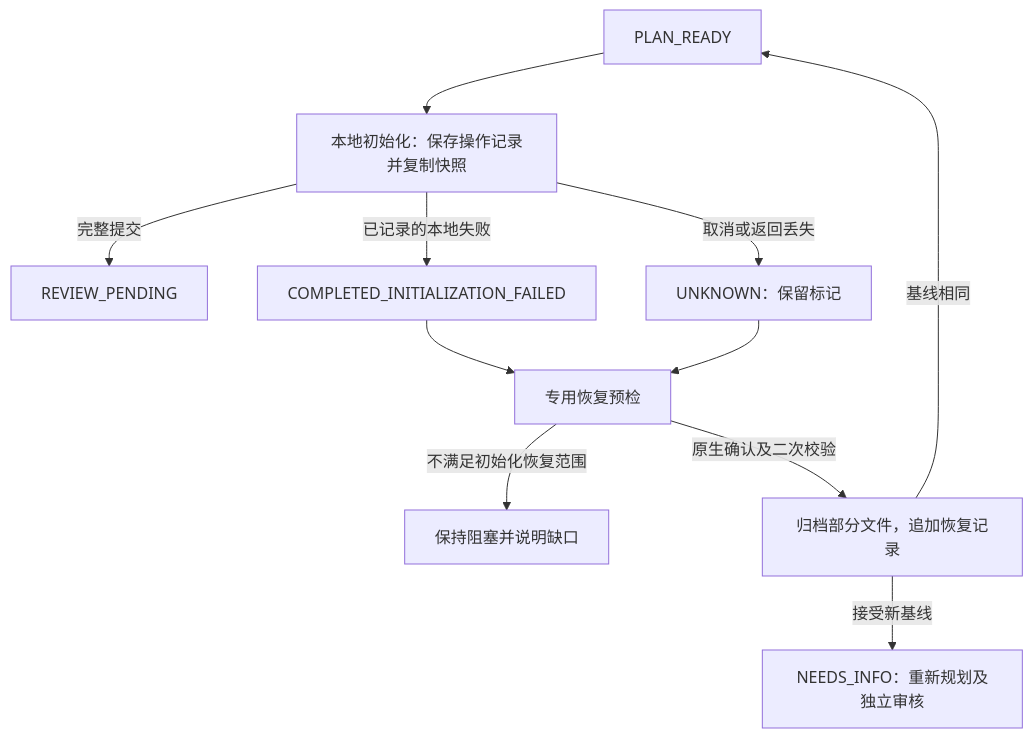
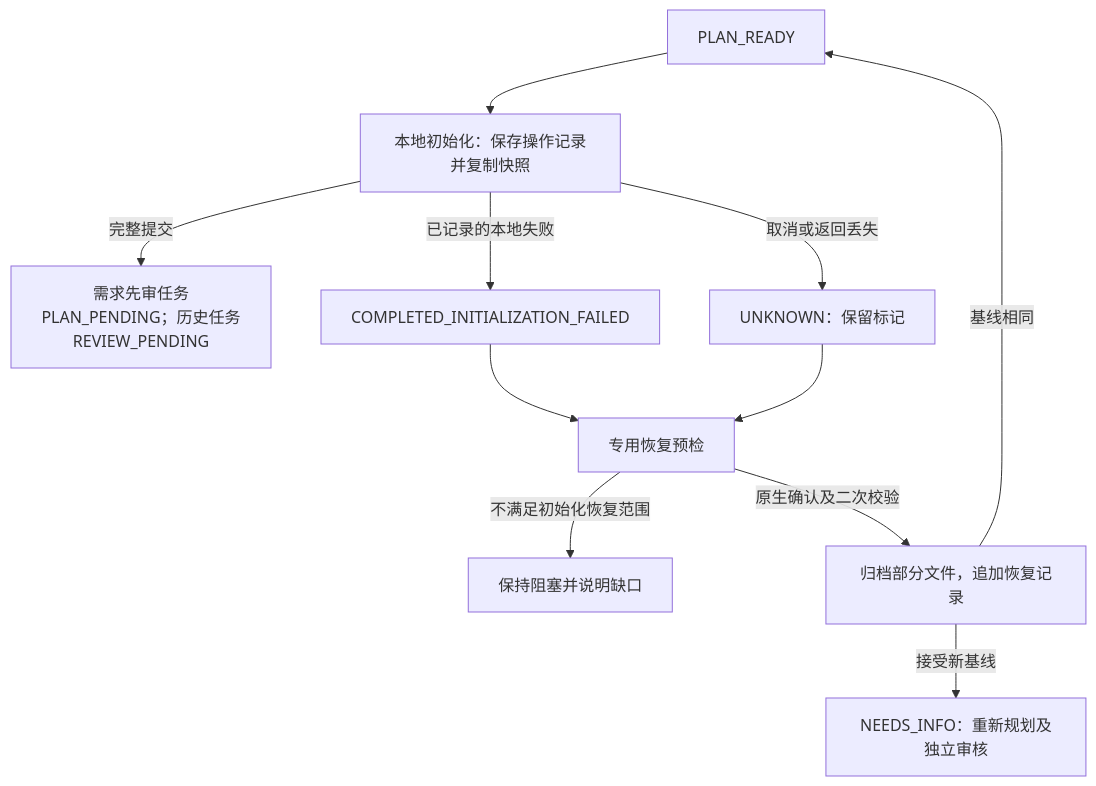
Before and after one commit to Merrychen-CMY/AI-Programming-Workflow: the diagram in docs/guides/initialization-recovery.md, drawn with Mermaid. The commit also changed other lines of this file and 64 other files, not shown here.

````diff
--- a/docs/guides/initialization-recovery.md
+++ b/docs/guides/initialization-recovery.md
@@ -37,13 +39,13 @@
 ```mermaid
 flowchart TD
  P[PLAN_READY] --> I[本地初始化：保存操作记录并复制快照]
- I -->|完整提交| R[REVIEW_PENDING]
+ I -->|完整提交| R[需求先审任务PLAN_PENDING；历史任务REVIEW_PENDING]
  I -->|已记录的本地失败| F[COMPLETED_INITIALIZATION_FAILED]
  I -->|取消或返回丢失| U[UNKNOWN：保留标记]
  F --> C[专用恢复预检]
  U --> C
  C -->|不满足初始化恢复范围| X[保持阻塞并说明缺口]
  C -->|原生确认及二次校验| A[归档部分文件，追加恢复记录]
  A -->|基线相同| P
  A -->|接受新基线| N[NEEDS_INFO：重新规划及独立审核]
 ```
````
